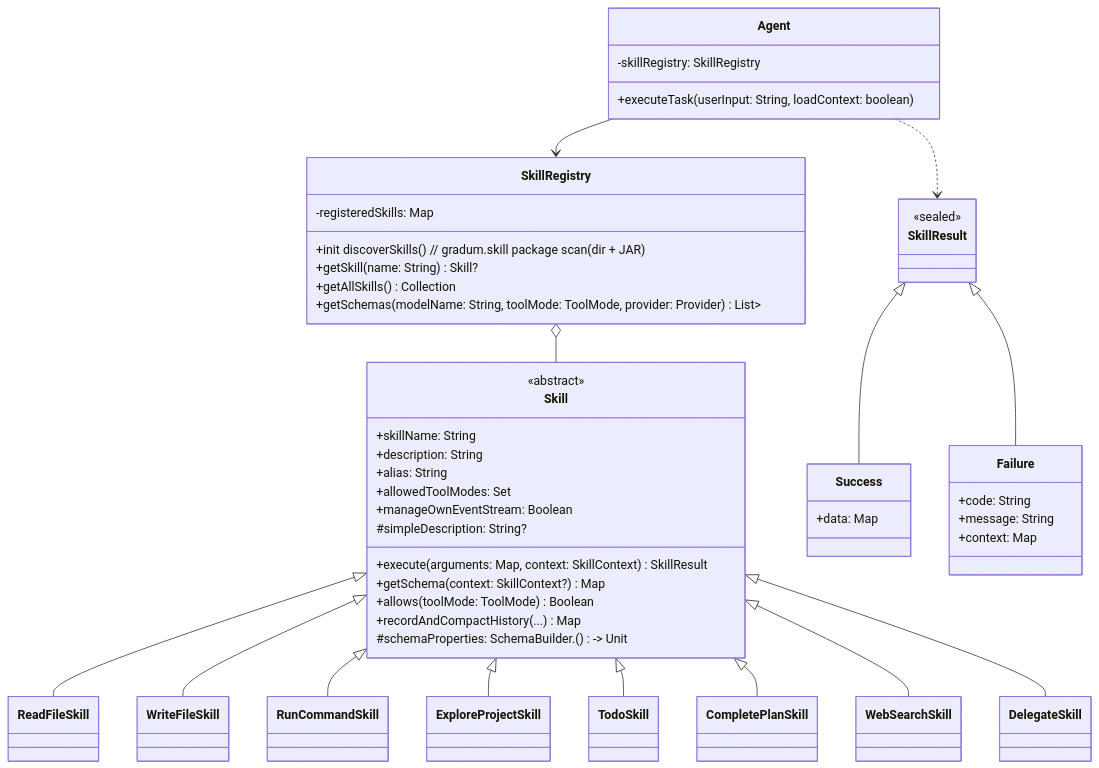
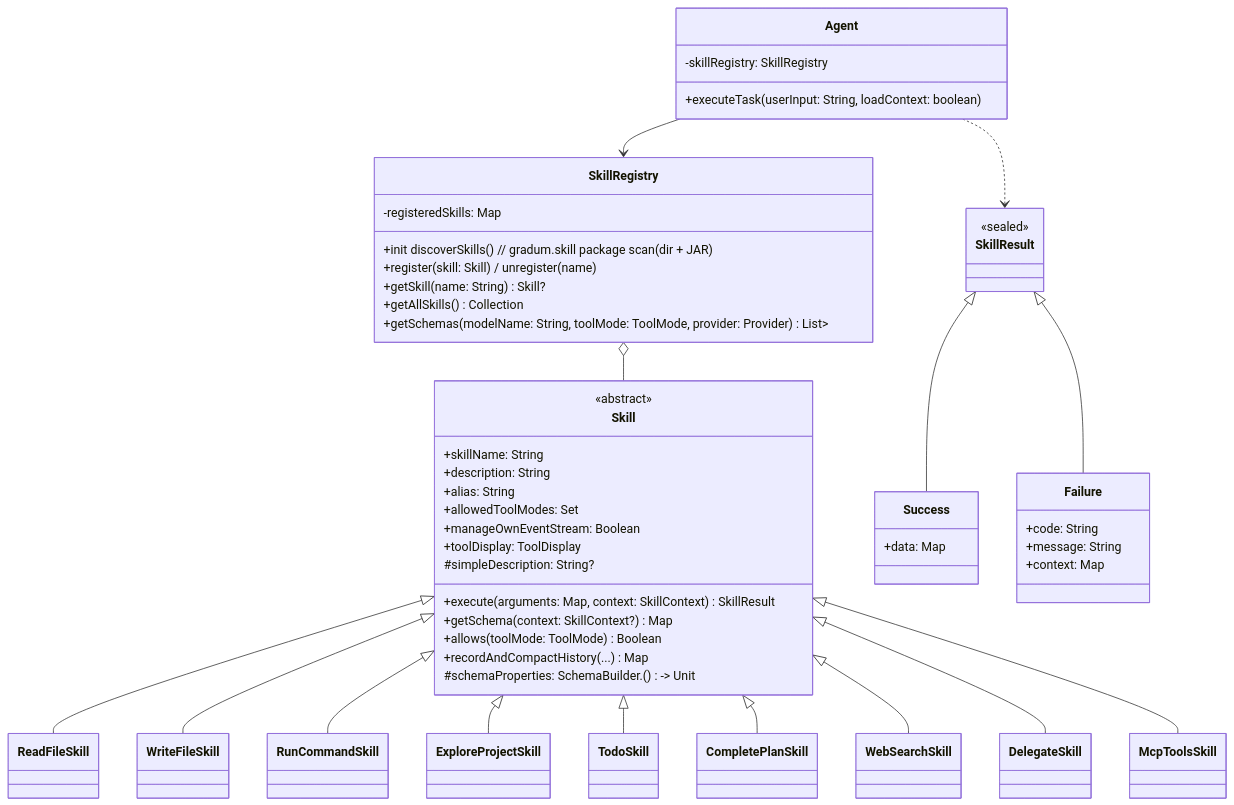
Before and after one commit to lg841226/Gradum: diagram 20 of 31 in docs/ARCHITECTURE.md, drawn with Mermaid. The commit also changed other lines of this file and 1 other file, not shown here.

First line of the commit message:
docs: rewrite README and restructure ARCHITECTURE

````diff
--- a/docs/ARCHITECTURE.md
+++ b/docs/ARCHITECTURE.md
@@ -1199,68 +1349,72 @@
 ```mermaid
 classDiagram
     class Skill {
         <<abstract>>
         +skillName: String
         +description: String
         +alias: String
         +allowedToolModes: Set<ToolMode>
         +manageOwnEventStream: Boolean
+        +toolDisplay: ToolDisplay
         +execute(arguments: Map<String, Any>, context: SkillContext) SkillResult
         +getSchema(context: SkillContext?) Map<String, Any>
         +allows(toolMode: ToolMode) Boolean
         +recordAndCompactHistory(...) Map<String, Any>
         #schemaProperties: SchemaBuilder.() -> Unit
         #simpleDescription: String?
     }
 
     class SkillResult {
         <<sealed>>
     }
 
     class Success {
         +data: Map<String, Any>
     }
 
     class Failure {
         +code: String
         +message: String
         +context: Map<String, Any>
     }
 
     class SkillRegistry {
         -registeredSkills: Map<String, Skill>
         +init discoverSkills() // gradum.skill package scan (dir + JAR)
+        +register(skill: Skill) / unregister(name)
         +getSkill(name: String) Skill?
         +getAllSkills() Collection<Skill>
         +getSchemas(modelName: String, toolMode: ToolMode, provider: Provider) List<Map<String, Any>>
     }
 
     class ReadFileSkill
     class WriteFileSkill
     class RunCommandSkill
     class ExploreProjectSkill
     class TodoSkill
     class CompletePlanSkill
     class WebSearchSkill
     class DelegateSkill
+    class McpToolsSkill
 
     SkillResult <|-- Success
     SkillResult <|-- Failure
     Skill <|-- ReadFileSkill
     Skill <|-- WriteFileSkill
     Skill <|-- RunCommandSkill
     Skill <|-- ExploreProjectSkill
     Skill <|-- TodoSkill
     Skill <|-- CompletePlanSkill
     Skill <|-- WebSearchSkill
     Skill <|-- DelegateSkill
+    Skill <|-- McpToolsSkill
     SkillRegistry o-- Skill
 
     class Agent {
         -skillRegistry: SkillRegistry
         +executeTask(userInput: String, loadContext: boolean)
     }
 
     Agent --> SkillRegistry
     Agent ..> SkillResult
 ```
````
